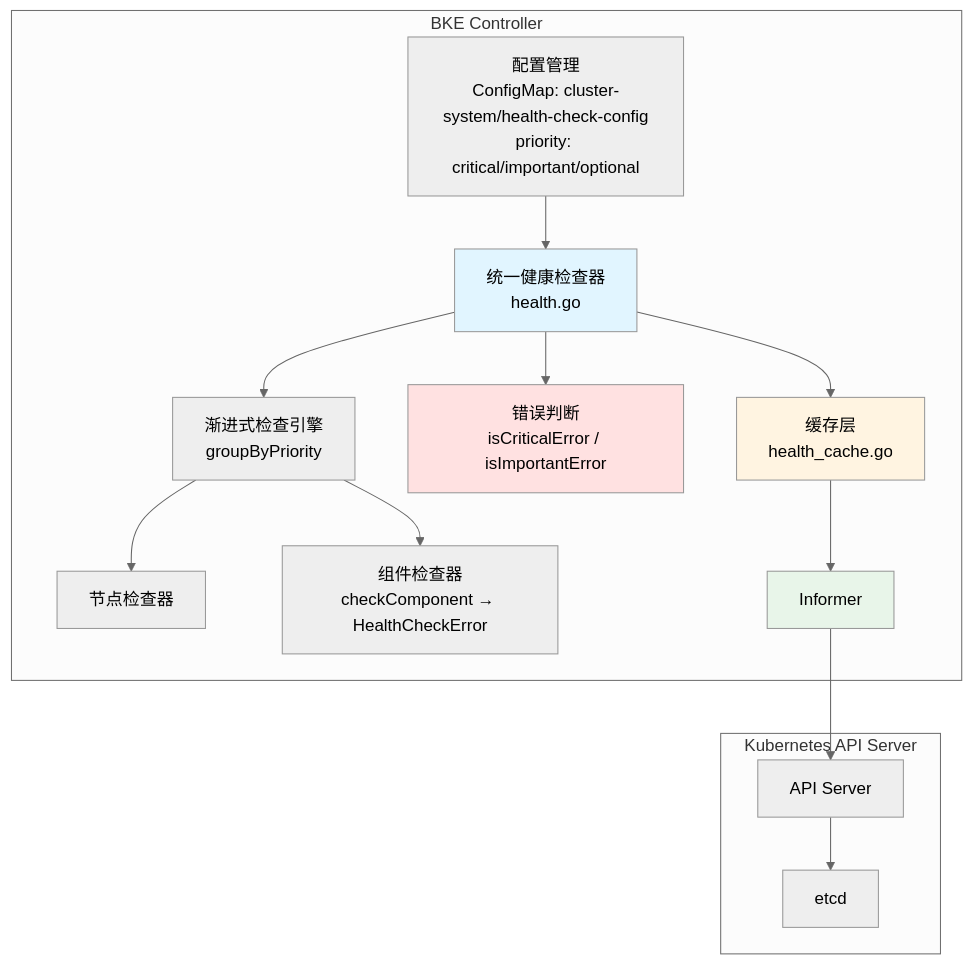
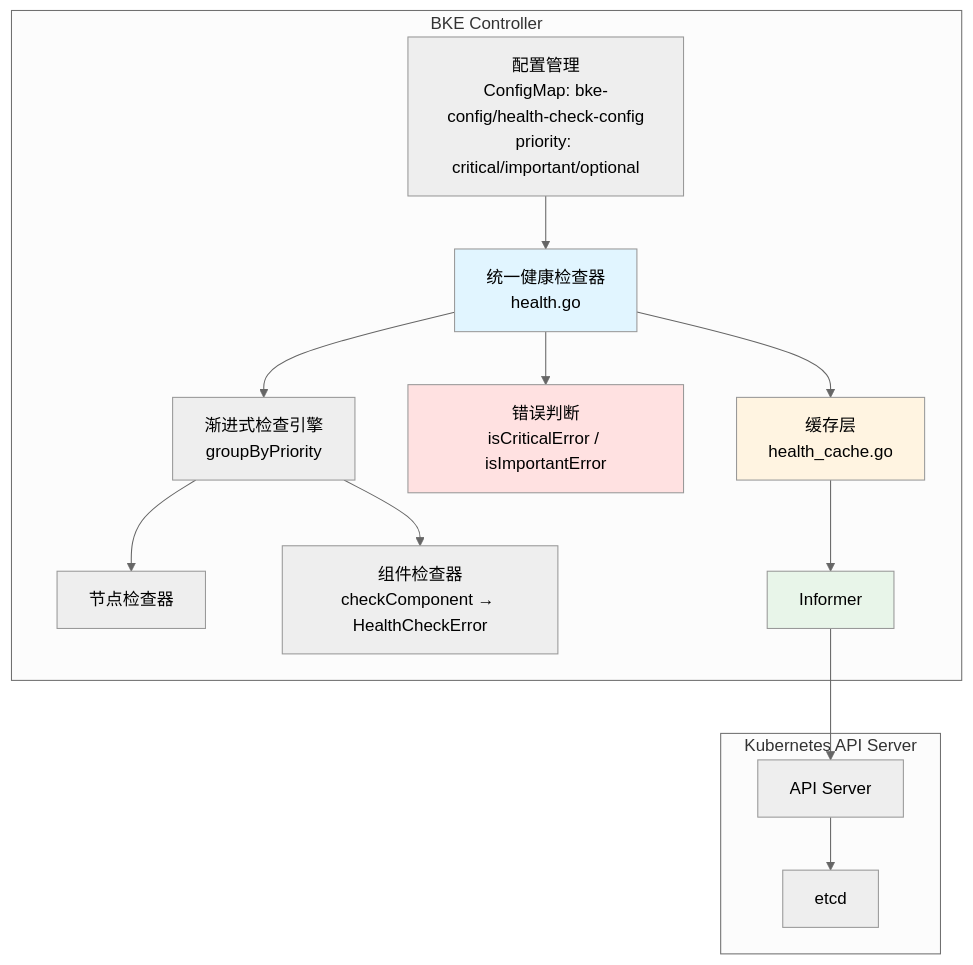
One commit to javadoors/cluster-api-provider-bke changed the second of 10 diagrams in code/performance/report/health-check-convergence.md. Above: the diagram before and after it, drawn with Mermaid (neutral theme). The commit also changed other lines of this file, not shown here.

First line of the commit message:
docs: 更新健康检查配置命名空间为 bke-config

````diff
--- a/code/performance/report/health-check-convergence.md
+++ b/code/performance/report/health-check-convergence.md
@@ -1141,25 +1145,25 @@
 ```mermaid
 graph TB
     subgraph "BKE Controller"
-        A[配置管理<br/>ConfigMap: cluster-system/health-check-config<br/>priority: critical/important/optional] --> B[统一健康检查器<br/>health.go]
+        A[配置管理<br/>ConfigMap: bke-config/health-check-config<br/>priority: critical/important/optional] --> B[统一健康检查器<br/>health.go]
         B --> C[渐进式检查引擎<br/>groupByPriority]
         C --> D[节点检查器]
         C --> E[组件检查器<br/>checkComponent → HealthCheckError]
         B --> F[错误判断<br/>isCriticalError / isImportantError]
         B --> G[缓存层<br/>health_cache.go]
         G --> H[Informer]
     end
     
     subgraph "Kubernetes API Server"
         I[API Server]
         J[etcd]
     end
     
     H --> I
     I --> J
     
     style B fill:#e1f5ff
     style G fill:#fff4e1
     style H fill:#e8f5e9
     style F fill:#ffe1e1
 ```
````
